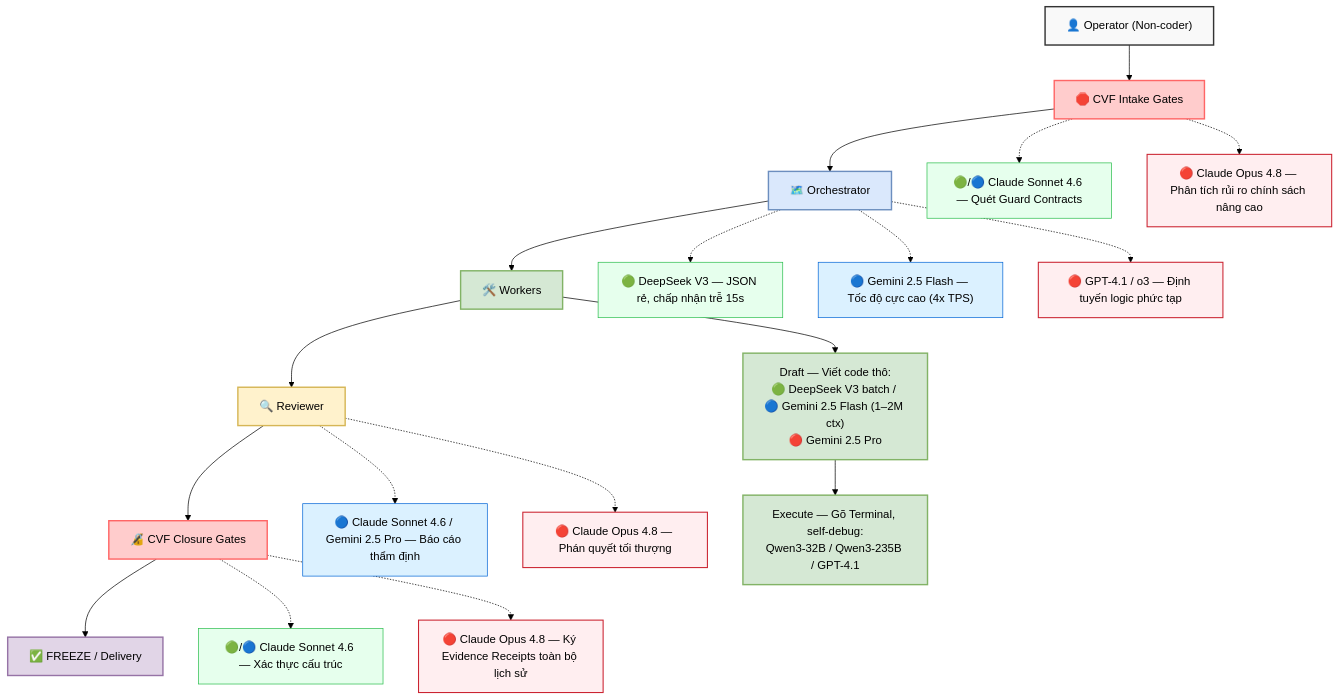
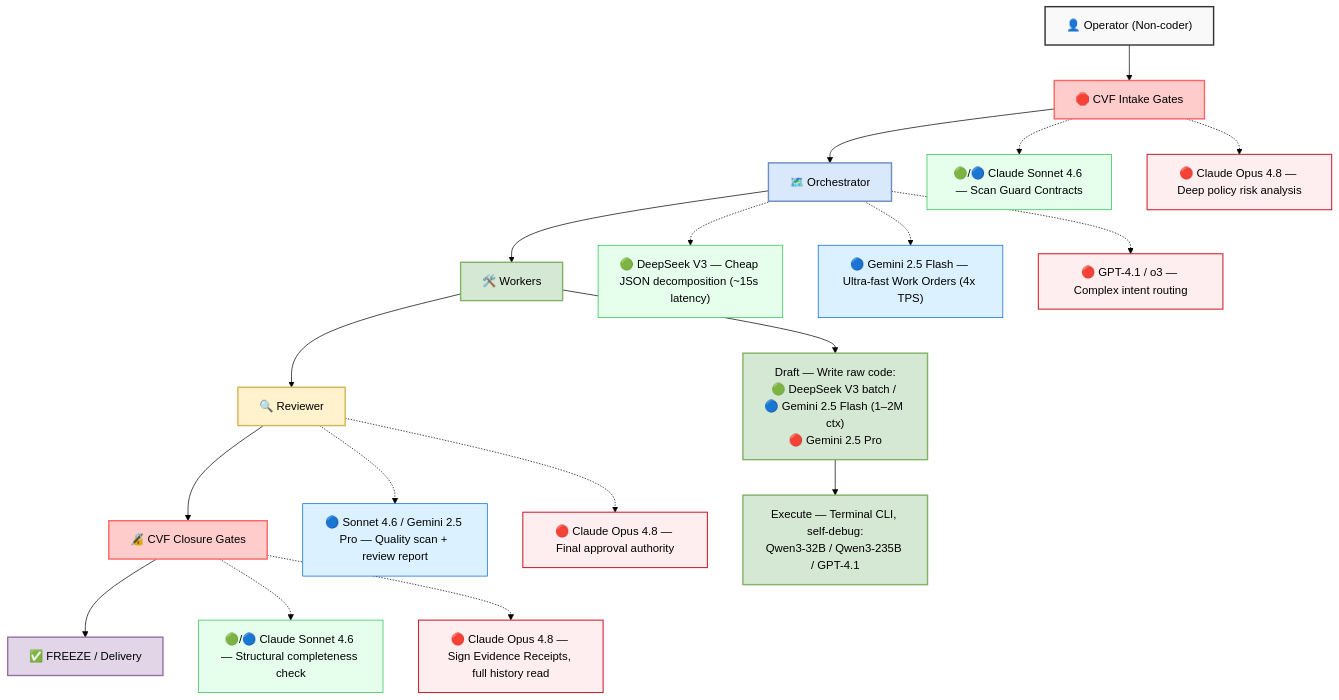
The first of 2 diagrams in README.md (Blackbird081/Controlled-Vibe-Framework-CVF), drawn with Mermaid (forest theme) before and after one commit. The commit also changed other lines of this file and 1 other file, not shown here.

````diff
--- a/README.md
+++ b/README.md
@@ -262,44 +254,39 @@
 ```mermaid
 graph TD
     classDef operator fill:#f9f9f9,stroke:#333,stroke-width:2px
     classDef gate fill:#ffcccc,stroke:#f66,stroke-width:2px
     classDef orch fill:#dae8fc,stroke:#6c8ebf,stroke-width:2px
     classDef worker fill:#d5e8d4,stroke:#82b366,stroke-width:2px
     classDef review fill:#fff2cc,stroke:#d6b656,stroke-width:2px
     classDef freeze fill:#e1d5e7,stroke:#9673a6,stroke-width:2px
     classDef optEco fill:#e6ffed,stroke:#2cbe4e,stroke-width:1px
     classDef optBal fill:#dbf1ff,stroke:#0366d6,stroke-width:1px
     classDef optPrem fill:#ffeef0,stroke:#cb2431,stroke-width:1.5px
 
     Op["👤 Operator (Non-coder)"]:::operator
     IG["🛑 CVF Intake Gates"]:::gate
     Orch["🗺️ Orchestrator"]:::orch
     Wk["🛠️ Workers"]:::worker
     Rev["🔍 Reviewer"]:::review
     CG["🔏 CVF Closure Gates"]:::gate
     Fr["✅ FREEZE / Delivery"]:::freeze
 
-    AgIG_EB["🟢/🔵 Claude Sonnet 4.6 — Quét Guard Contracts"]:::optEco
-    AgIG_O["🔴 Claude Opus 4.8 — Phân tích rủi ro chính sách nâng cao"]:::optPrem
-
-    AgOrch_E["🟢 DeepSeek V3 — JSON rẻ, chấp nhận trễ 15s"]:::optEco
-    AgOrch_B["🔵 Gemini 2.5 Flash — Tốc độ cực cao (4x TPS)"]:::optBal
-    AgOrch_O["🔴 GPT-4.1 / o3 — Định tuyến logic phức tạp"]:::optPrem
-
-    AgWkD["Draft — Viết code thô:<br/>🟢 DeepSeek V3 batch / 🔵 Gemini 2.5 Flash (1–2M ctx)<br/>🔴 Gemini 2.5 Pro"]:::worker
-    AgWkR["Execute — Gõ Terminal, self-debug:<br/>Qwen3-32B / Qwen3-235B / GPT-4.1"]:::worker
-
-    AgRev_B["🔵 Claude Sonnet 4.6 / Gemini 2.5 Pro — Báo cáo thẩm định"]:::optBal
-    AgRev_O["🔴 Claude Opus 4.8 — Phán quyết tối thượng"]:::optPrem
-
-    AgCG_EB["🟢/🔵 Claude Sonnet 4.6 — Xác thực cấu trúc"]:::optEco
-    AgCG_O["🔴 Claude Opus 4.8 — Ký Evidence Receipts toàn bộ lịch sử"]:::optPrem
+    AgIG_EB["🟢/🔵 Claude Sonnet 4.6 — Scan Guard Contracts"]:::optEco
+    AgIG_O["🔴 Claude Opus 4.8 — Deep policy risk analysis"]:::optPrem
+    AgOrch_E["🟢 DeepSeek V3 — Cheap JSON decomposition (~15s latency)"]:::optEco
+    AgOrch_B["🔵 Gemini 2.5 Flash — Ultra-fast Work Orders (4x TPS)"]:::optBal
+    AgOrch_O["🔴 GPT-4.1 / o3 — Complex intent routing"]:::optPrem
+    AgWkD["Draft — Write raw code:<br/>🟢 DeepSeek V3 batch / 🔵 Gemini 2.5 Flash (1–2M ctx)<br/>🔴 Gemini 2.5 Pro"]:::worker
+    AgWkR["Execute — Terminal CLI, self-debug:<br/>Qwen3-32B / Qwen3-235B / GPT-4.1"]:::worker
+    AgRev_B["🔵 Sonnet 4.6 / Gemini 2.5 Pro — Quality scan + review report"]:::optBal
+    AgRev_O["🔴 Claude Opus 4.8 — Final approval authority"]:::optPrem
+    AgCG_EB["🟢/🔵 Claude Sonnet 4.6 — Structural completeness check"]:::optEco
+    AgCG_O["🔴 Claude Opus 4.8 — Sign Evidence Receipts, full history read"]:::optPrem
 
     Op --> IG --> Orch --> Wk --> Rev --> CG --> Fr
     Wk --> AgWkD --> AgWkR
-
     IG -.-> AgIG_EB & AgIG_O
     Orch -.-> AgOrch_E & AgOrch_B & AgOrch_O
     Rev -.-> AgRev_B & AgRev_O
     CG -.-> AgCG_EB & AgCG_O
 ```
````
